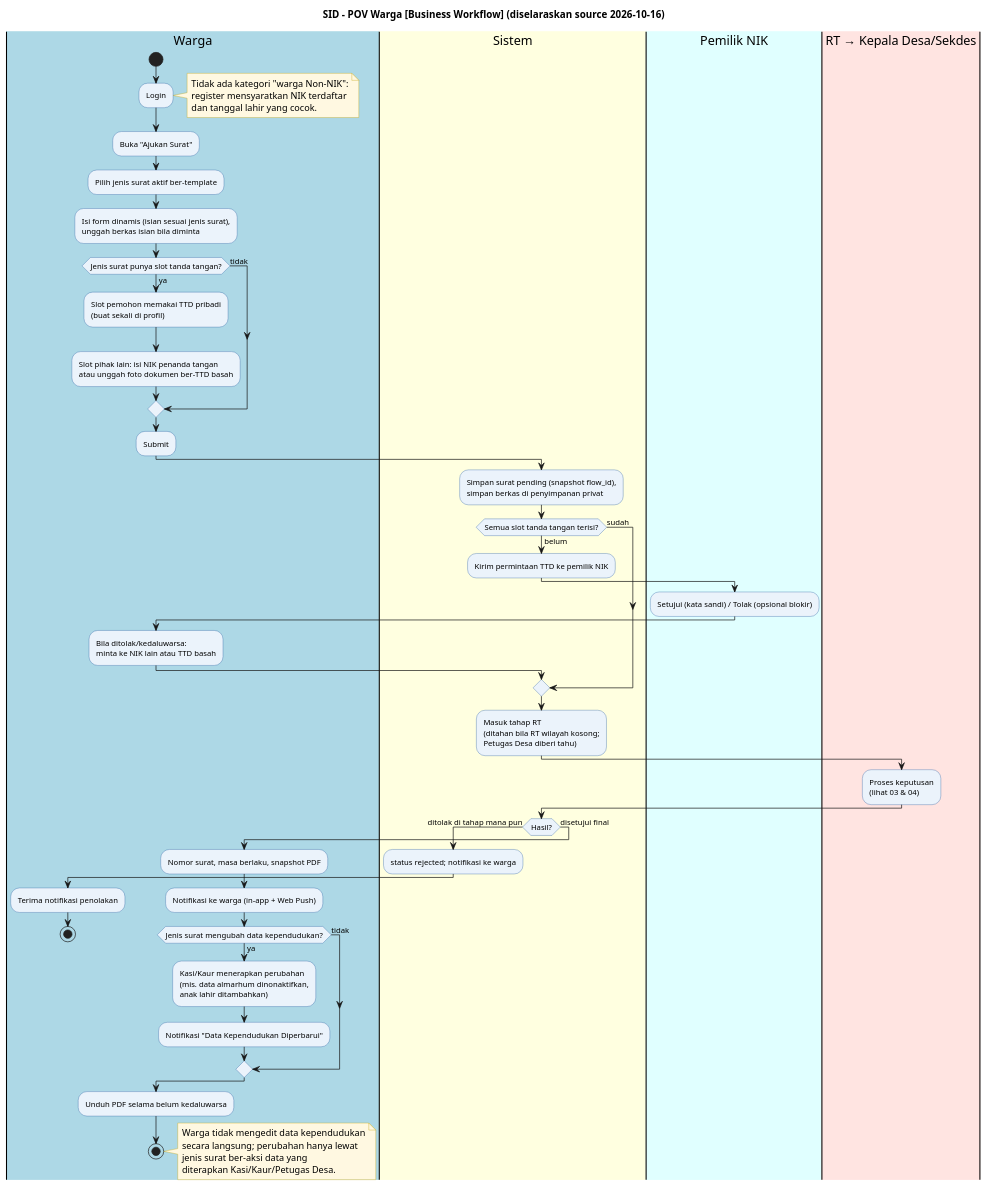
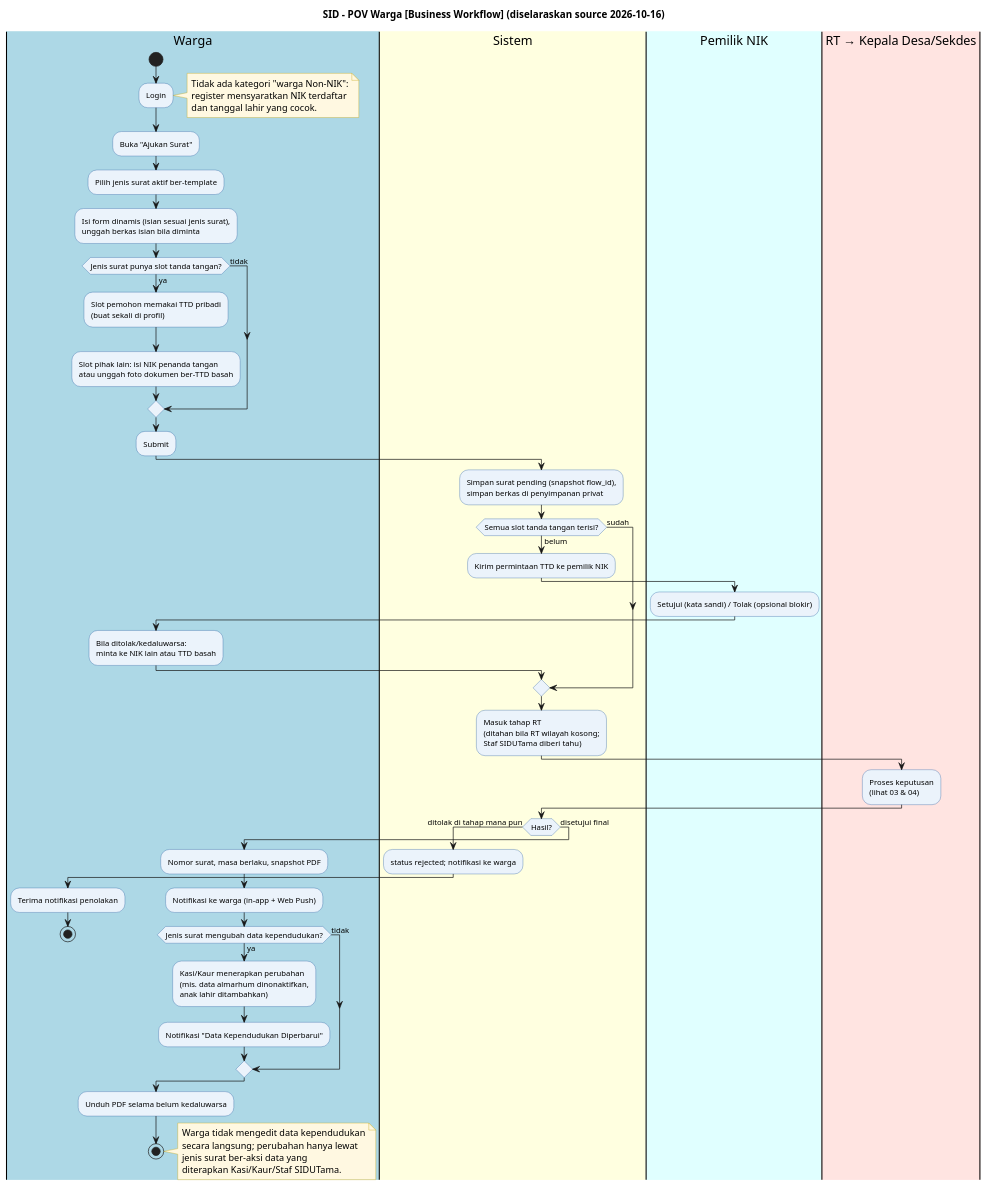
Before and after one commit to Vextronode/sid-app: the diagram in docs/bussines_workflow/02_SID_POV_Warga_NIK_NonNIK.puml, drawn with PlantUML. The commit also changed 458 other files, not shown here.

```diff
--- a/docs/bussines_workflow/02_SID_POV_Warga_NIK_NonNIK.puml
+++ b/docs/bussines_workflow/02_SID_POV_Warga_NIK_NonNIK.puml
@@ -1,76 +1,76 @@
 @startuml
 title SID - POV Warga [Business Workflow] (diselaraskan source 2026-10-16)
 
 skinparam activity {
   BackgroundColor #EBF3FB
   BorderColor #2E5FA3
   FontName Arial
   FontSize 11
 }
 skinparam note {
   BackgroundColor #FFF8E1
   BorderColor #C0A000
 }
 
 |#LightBlue|Warga|
 start
 :Login;
 note right
   Tidak ada kategori "warga Non-NIK":
   register mensyaratkan NIK terdaftar
   dan tanggal lahir yang cocok.
 end note
 :Buka "Ajukan Surat";
 :Pilih jenis surat aktif ber-template;
 :Isi form dinamis (isian sesuai jenis surat),\nunggah berkas isian bila diminta;
 if (Jenis surat punya slot tanda tangan?) then (ya)
   :Slot pemohon memakai TTD pribadi\n(buat sekali di profil);
   :Slot pihak lain: isi NIK penanda tangan\natau unggah foto dokumen ber-TTD basah;
 else (tidak)
 endif
 :Submit;
 
 |#LightYellow|Sistem|
 :Simpan surat pending (snapshot flow_id),\nsimpan berkas di penyimpanan privat;
 if (Semua slot tanda tangan terisi?) then (belum)
   :Kirim permintaan TTD ke pemilik NIK;
   |#LightCyan|Pemilik NIK|
   :Setujui (kata sandi) / Tolak (opsional blokir);
   |#LightBlue|Warga|
   :Bila ditolak/kedaluwarsa:\nminta ke NIK lain atau TTD basah;
   |#LightYellow|Sistem|
 else (sudah)
 endif
-:Masuk tahap RT\n(ditahan bila RT wilayah kosong;\nPetugas Desa diberi tahu);
+:Masuk tahap RT\n(ditahan bila RT wilayah kosong;\nStaf SIDUTama diberi tahu);
 
 |#MistyRose|RT → Kepala Desa/Sekdes|
 :Proses keputusan\n(lihat 03 & 04);
 
 |#LightYellow|Sistem|
 if (Hasil?) then (ditolak di tahap mana pun)
   :status rejected; notifikasi ke warga;
   |#LightBlue|Warga|
   :Terima notifikasi penolakan;
   stop
 else (disetujui final)
   :Nomor surat, masa berlaku, snapshot PDF;
   :Notifikasi ke warga (in-app + Web Push);
   if (Jenis surat mengubah data kependudukan?) then (ya)
     :Kasi/Kaur menerapkan perubahan\n(mis. data almarhum dinonaktifkan,\nanak lahir ditambahkan);
     :Notifikasi "Data Kependudukan Diperbarui";
   else (tidak)
   endif
 endif
 
 |#LightBlue|Warga|
 :Unduh PDF selama belum kedaluwarsa;
 stop
 
 note right
   Warga tidak mengedit data kependudukan
   secara langsung; perubahan hanya lewat
   jenis surat ber-aksi data yang
-  diterapkan Kasi/Kaur/Petugas Desa.
+  diterapkan Kasi/Kaur/Staf SIDUTama.
 end note
 
 @enduml
```
